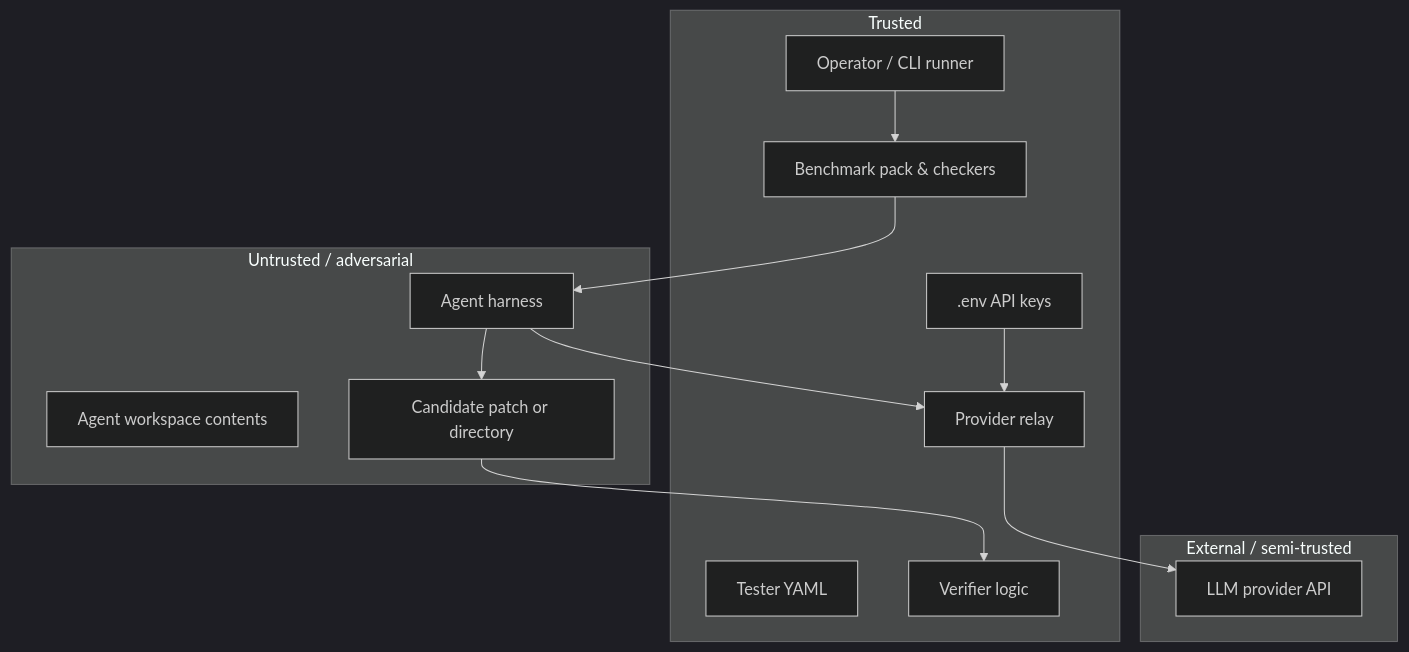
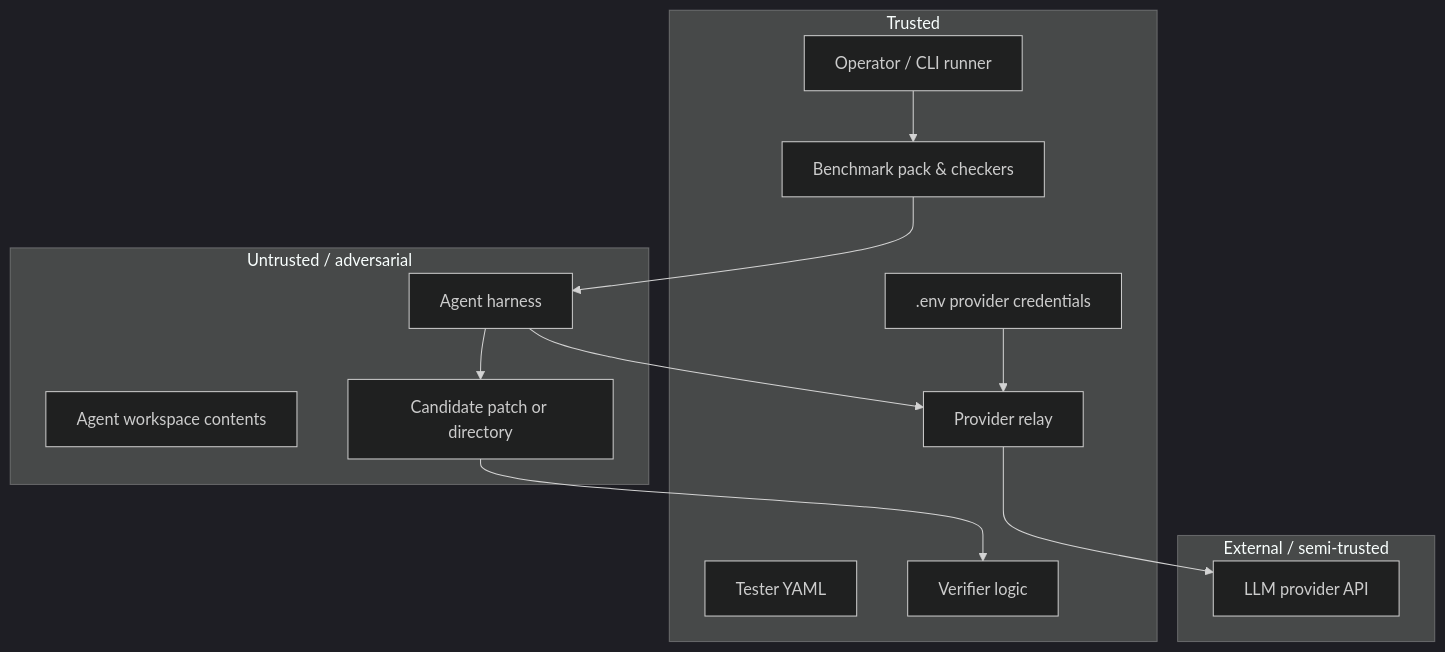
The sixth of 8 diagrams in docs/architecture-diagrams.md (nathanhoulamy/securebench), drawn with Mermaid (dark theme) before and after one commit. The commit also changed other lines of this file and 12 other files, not shown here.

````diff
--- a/docs/architecture-diagrams.md
+++ b/docs/architecture-diagrams.md
@@ -180,29 +180,29 @@
 ```mermaid
 flowchart TB
     subgraph TRUSTED["Trusted"]
         T1[Operator / CLI runner]
-        T2[".env API keys"]
+        T2[".env provider credentials"]
         T3[Tester YAML]
         T4[Benchmark pack & checkers]
         T5[Provider relay]
         T6[Verifier logic]
     end
 
     subgraph UNTRUSTED["Untrusted / adversarial"]
         U1[Agent harness]
         U2[Agent workspace contents]
         U3[Candidate patch or directory]
     end
 
     subgraph EXTERNAL["External / semi-trusted"]
         E1[LLM provider API]
     end
 
     T1 --> T4
     T4 --> U1
     U1 --> U3
     U3 --> T6
     U1 --> T5
     T5 --> E1
     T2 --> T5
 ```
````
